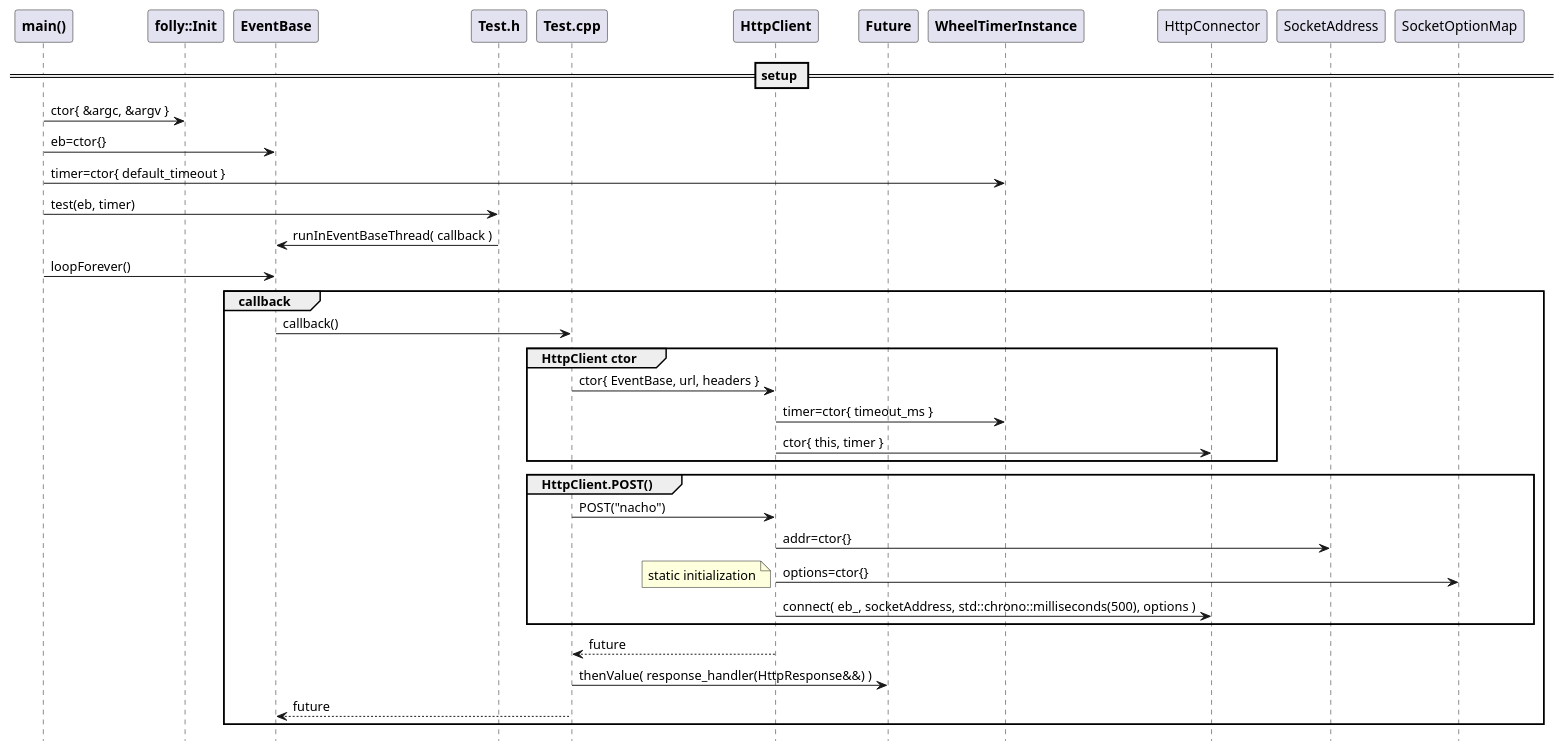
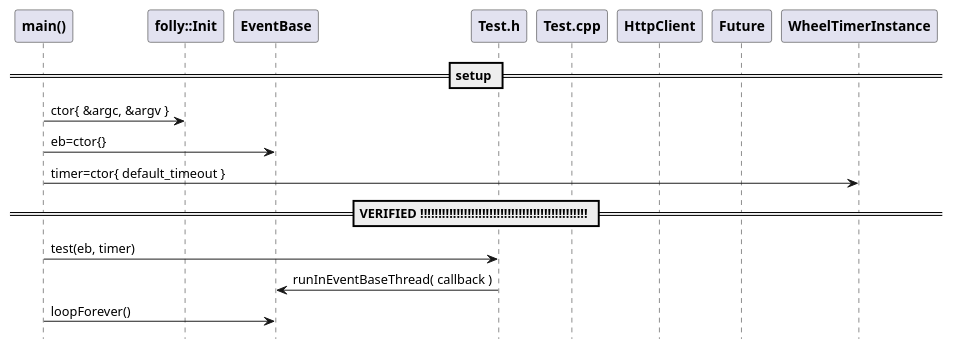
The first of 4 diagrams in doc/test.adoc (patrickhallinan/hello-proxygen), drawn with PlantUML before and after one commit. The commit also changed 6 other files, not shown here.

```diff
--- a/doc/test.adoc
+++ b/doc/test.adoc
@@ -24,52 +20,58 @@
 [plantuml, "curl-init.puml", svg]
 ----
 hide footbox
 
 participant "**main()**" as main
 participant "**folly::Init**" as Init
 participant "**EventBase**" as EventBase
 participant "**Test.h**" as test_h
 participant "**Test.cpp**" as test_cpp
 participant "**HttpClient**" as HttpClient
 participant "**Future**" as Future
 participant "**WheelTimerInstance**" as WheelTimerInstance
 'participant "**SocketAddress**" as SocketAddress
 
 'participant "**URL**" as URL
 
 == setup ==
 
 main -> Init : ctor{ &argc, &argv }
 main -> EventBase : eb=ctor{}
+
 main -> WheelTimerInstance : timer=ctor{ default_timeout }
+
+== VERIFIED !!!!!!!!!!!!!!!!!!!!!!!!!!!!!!!!!!!!!!!!!!!!!! ==
+
+
 main -> test_h : test(eb, timer)
 test_h -> EventBase : runInEventBaseThread( callback )
 main -> EventBase : loopForever()
 
+/'
 group callback
     EventBase -> test_cpp : callback()
     
     group HttpClient ctor
         test_cpp -> HttpClient : ctor{ EventBase, url, headers }
         HttpClient -> WheelTimerInstance : timer=ctor{ timeout_ms }
         HttpClient -> HttpConnector : ctor{ this, timer }        
     end group
 
     group HttpClient.POST()
         test_cpp -> HttpClient : POST("nacho")
         HttpClient -> SocketAddress : addr=ctor{}
         
         HttpClient -> SocketOptionMap : options=ctor{}
         note left: static initialization
         
         HttpClient -> HttpConnector : connect( eb_, socketAddress, std::chrono::milliseconds(500), options )
     end group
     
     HttpClient --> test_cpp : future
     test_cpp -> Future : thenValue( response_handler(HttpResponse&&) )
     test_cpp --> EventBase : future
 end group
-
+'/
 'main -> HttpClient : ctor{ eb, HTTPMethod::GET, proxy=nullptr, headers, input_filename, h2c=true )
 'main -> SocketAddress : addr=ctor{ host, port, allowNameLookup=true }
 ----
```
